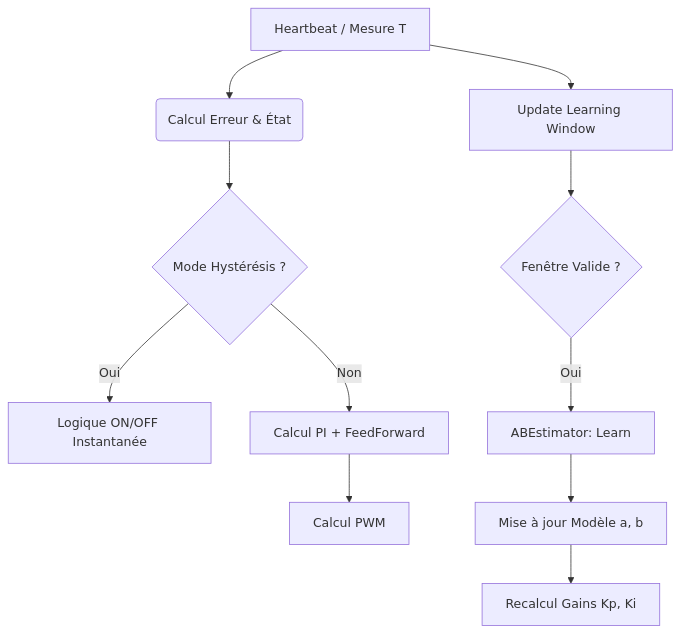
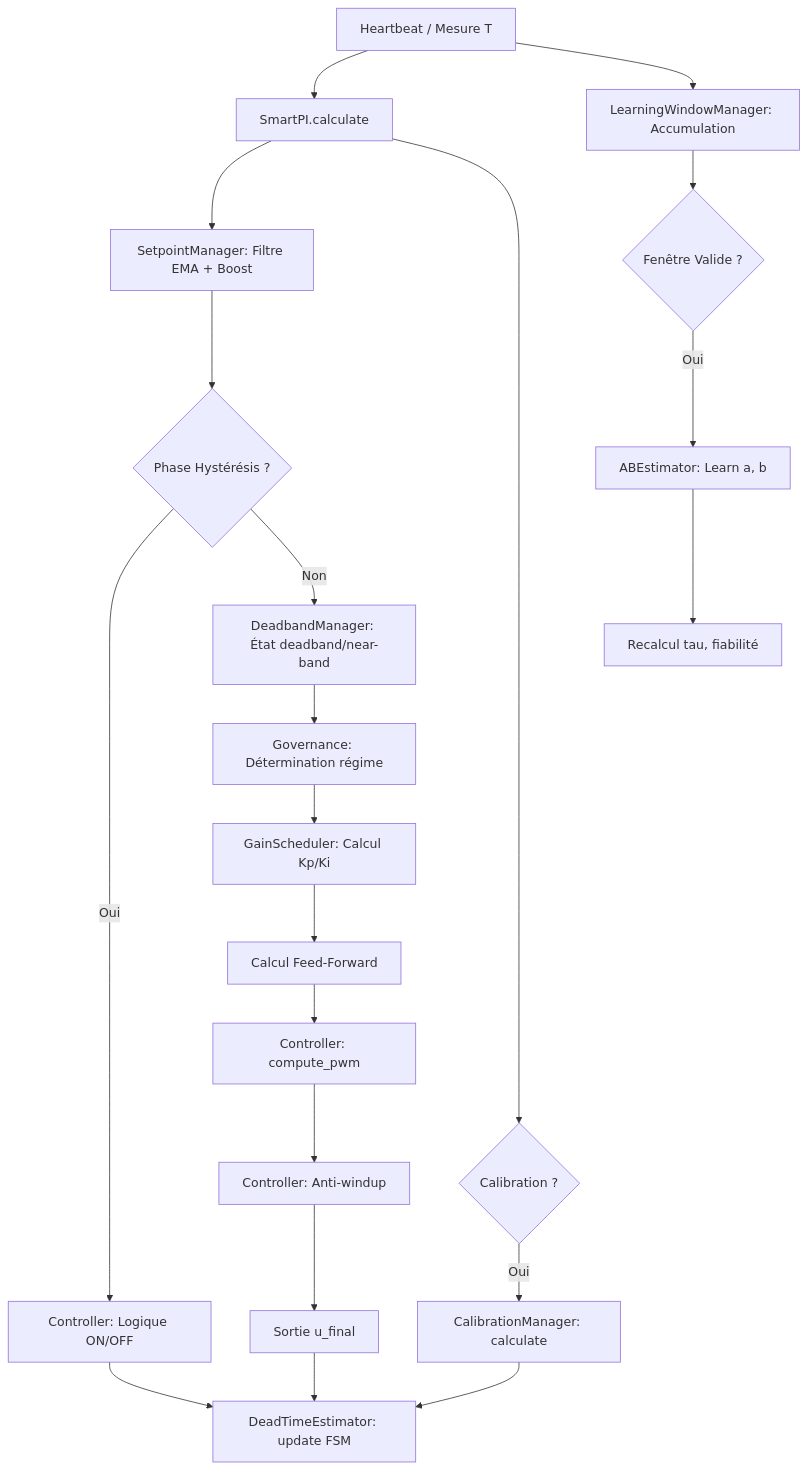
One commit to caiusseverus/versatile_thermostat changed the diagram in documentation/tech-docs/smart_pi_bible-fr.md. Above: the diagram before and after it, drawn with Mermaid. The commit also changed other lines of this file and 3 other files, not shown here.

````diff
--- a/documentation/tech-docs/smart_pi_bible-fr.md
+++ b/documentation/tech-docs/smart_pi_bible-fr.md
@@ -223,14 +267,26 @@
 ```mermaid
 graph TD
-    A[Heartbeat / Mesure T] --> B(Calcul Erreur & État)
-    B --> C{Mode Hystérésis ?}
-    C -- Oui --> D[Logique ON/OFF Instantanée]
-    C -- Non --> E[Calcul PI + FeedForward]
-    E --> F[Calcul PWM]
-    
-    A --> G[Update Learning Window]
-    G --> H{Fenêtre Valide ?}
-    H -- Oui --> I[ABEstimator: Learn]
-    I --> J[Mise à jour Modèle a, b]
-    J --> K[Recalcul Gains Kp, Ki]
+    A[Heartbeat / Mesure T] --> B[SmartPI.calculate]
+    B --> SP[SetpointManager: Filtre EMA + Boost]
+    SP --> C{Phase Hystérésis ?}
+    C -- Oui --> D[Controller: Logique ON/OFF]
+    C -- Non --> DB[DeadbandManager: État deadband/near-band]
+    DB --> GOV[Governance: Détermination régime]
+    GOV --> GS[GainScheduler: Calcul Kp/Ki]
+    GS --> FF[Calcul Feed-Forward]
+    FF --> PI[Controller: compute_pwm]
+    PI --> AW[Controller: Anti-windup]
+    AW --> OUT[Sortie u_final]
+
+    A --> LW[LearningWindowManager: Accumulation]
+    LW --> LV{Fenêtre Valide ?}
+    LV -- Oui --> EST[ABEstimator: Learn a, b]
+    EST --> TAU[Recalcul tau, fiabilité]
+
+    D --> DT[DeadTimeEstimator: update FSM]
+    OUT --> DT
+
+    B --> CAL{Calibration ?}
+    CAL -- Oui --> CM[CalibrationManager: calculate]
+    CM --> DT
 ```
````
